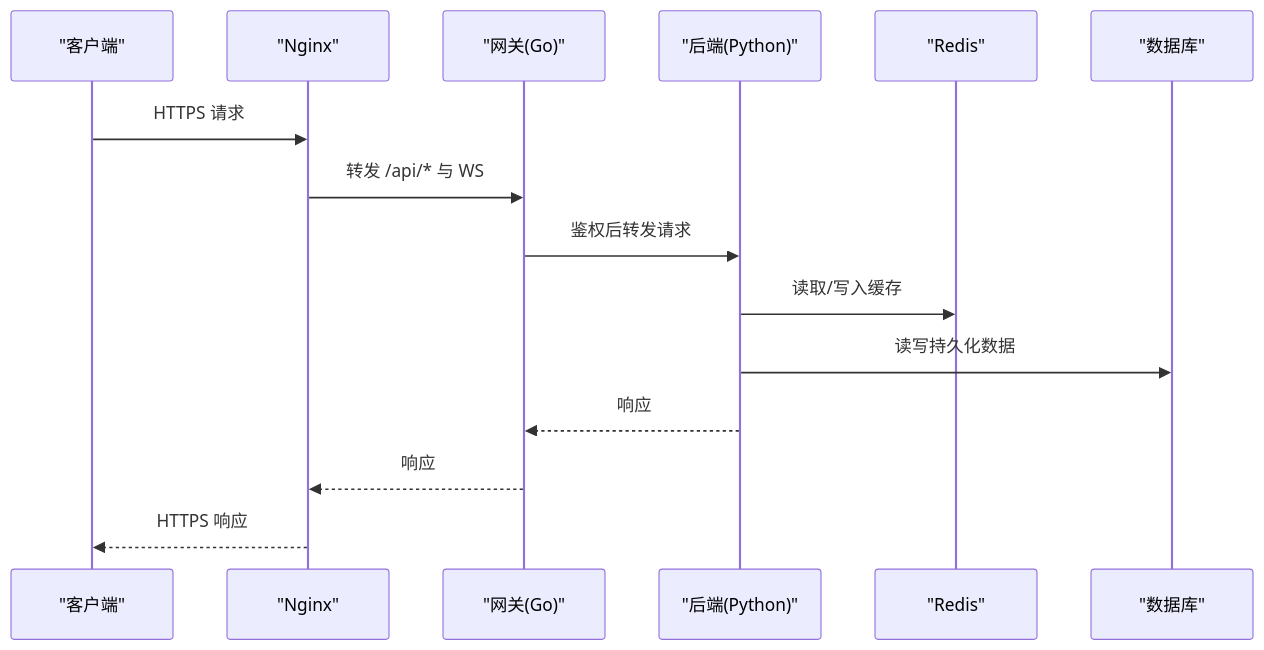
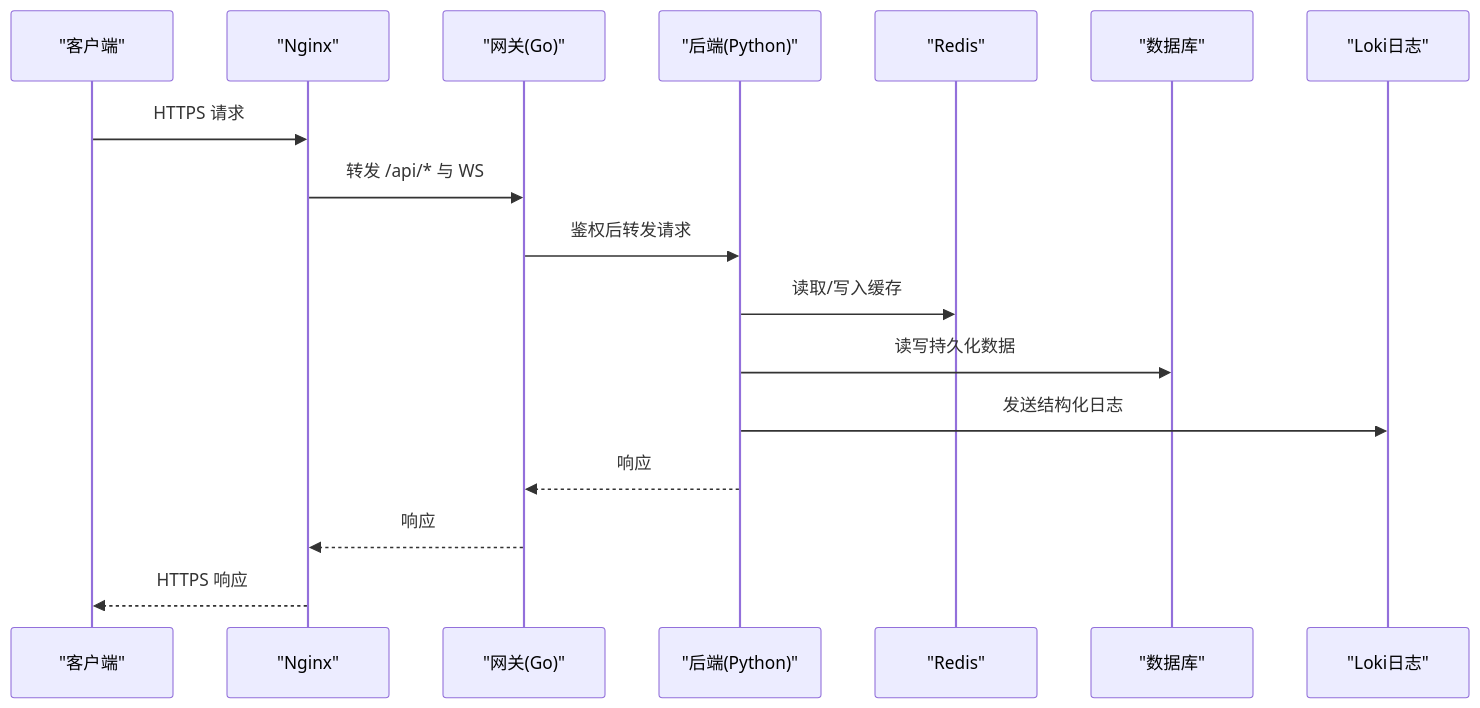
One commit to zmdhdu/NexusCockpit changed the second of 9 diagrams in .qoder/repowiki/zh/content/部署和配置/部署和配置.md. Above: the diagram before and after it, drawn with Mermaid. The commit also changed other lines of this file and 23 other files, not shown here.

````diff
--- a/.qoder/repowiki/zh/content/部署和配置/部署和配置.md
+++ b/.qoder/repowiki/zh/content/部署和配置/部署和配置.md
@@ -155,17 +163,19 @@
 ```mermaid
 sequenceDiagram
 participant C as "客户端"
 participant N as "Nginx"
 participant G as "网关(Go)"
 participant B as "后端(Python)"
 participant R as "Redis"
 participant D as "数据库"
+participant L as "Loki日志"
 C->>N : HTTPS 请求
 N->>G : 转发 /api/* 与 WS
 G->>B : 鉴权后转发请求
 B->>R : 读取/写入缓存
 B->>D : 读写持久化数据
+B->>L : 发送结构化日志
 B-->>G : 响应
 G-->>N : 响应
 N-->>C : HTTPS 响应
 ```
````
